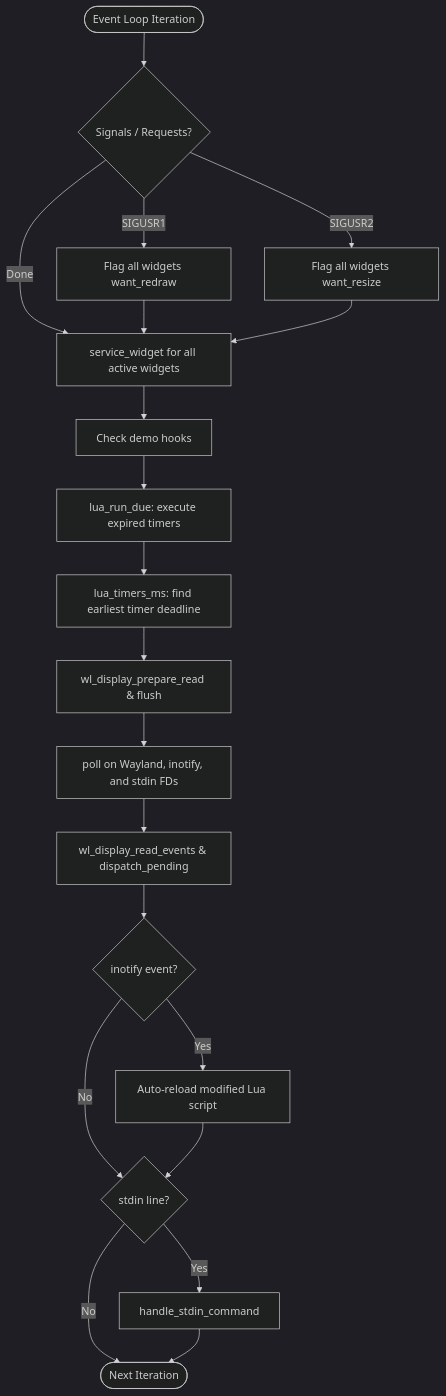
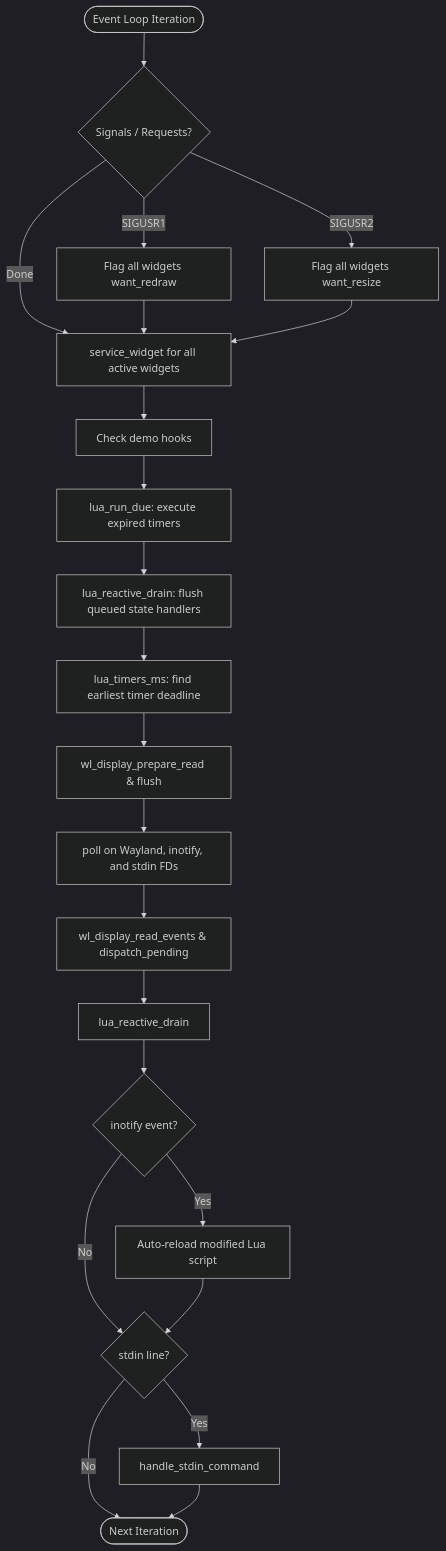
One commit to h-jangra/wisp changed the first of 2 diagrams in docs/architecture.md. Above: the diagram before and after it, drawn with Mermaid (dark theme). The commit also changed other lines of this file and 199 other files, not shown here.

````diff
--- a/docs/architecture.md
+++ b/docs/architecture.md
@@ -86,28 +188,30 @@
 ```mermaid
 flowchart TD
     Start([Event Loop Iteration]) --> CheckSignals{Signals / Requests?}
     CheckSignals -- SIGUSR1 --> FlagRedraw[Flag all widgets want_redraw]
     CheckSignals -- SIGUSR2 --> FlagResize[Flag all widgets want_resize]
     CheckSignals -- Done --> ServiceWidgets[service_widget for all active widgets]
     
     FlagRedraw --> ServiceWidgets
     FlagResize --> ServiceWidgets
     
     ServiceWidgets --> DemoHooks[Check demo hooks]
     DemoHooks --> RunDueTimers[lua_run_due: execute expired timers]
-    RunDueTimers --> CalcTimeout[lua_timers_ms: find earliest timer deadline]
+    RunDueTimers --> ReactiveTick[lua_reactive_drain: flush queued state handlers]
+    ReactiveTick --> CalcTimeout[lua_timers_ms: find earliest timer deadline]
     
     CalcTimeout --> PrepWayland[wl_display_prepare_read & flush]
     PrepWayland --> PollBlock[poll on Wayland, inotify, and stdin FDs]
     
     PollBlock --> ReadEvents[wl_display_read_events & dispatch_pending]
-    ReadEvents --> CheckInotify{inotify event?}
+    ReadEvents --> ReactivePoll[lua_reactive_drain]
+    ReactivePoll --> CheckInotify{inotify event?}
     
     CheckInotify -- Yes --> ProcessInotify[Auto-reload modified Lua script]
     CheckInotify -- No --> CheckStdin{stdin line?}
     
     ProcessInotify --> CheckStdin
     CheckStdin -- Yes --> HandleCmd[handle_stdin_command]
     CheckStdin -- No --> LoopBack([Next Iteration])
     HandleCmd --> LoopBack
 ```
````
